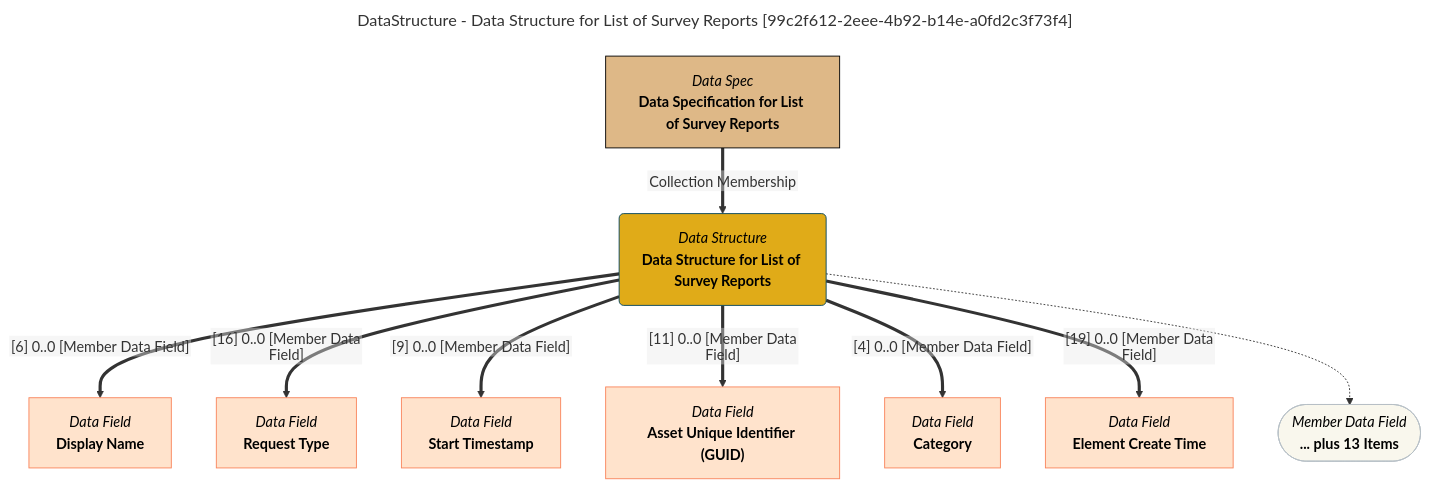
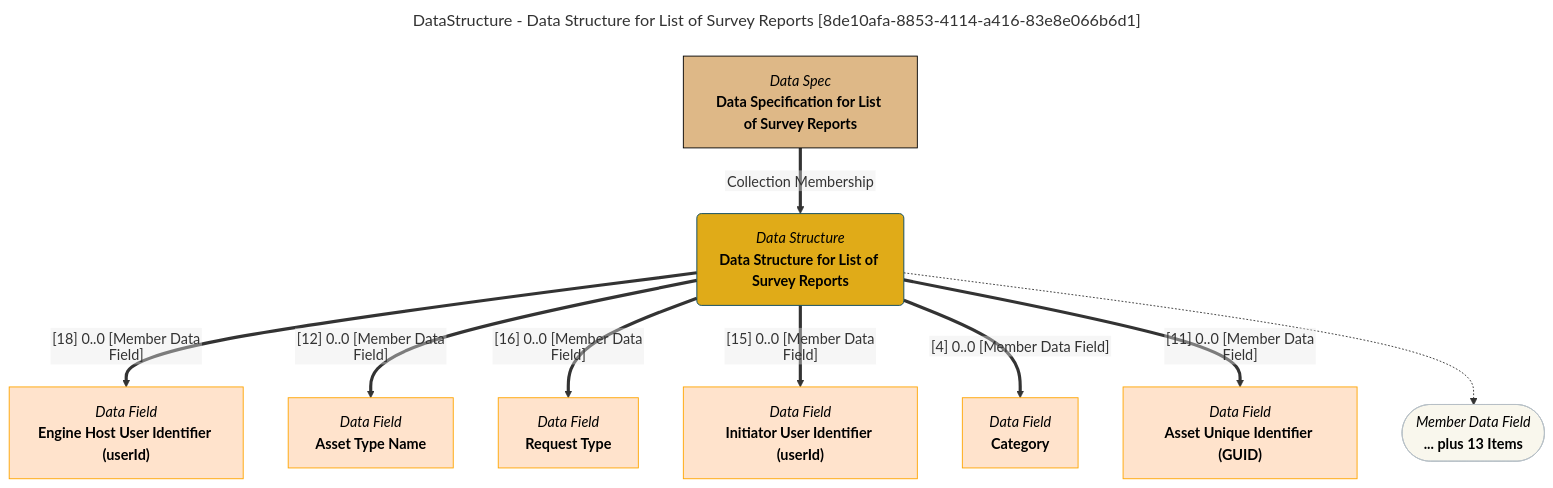
The diagram in site/snippets/data-structures/data-structure-for-list-of-survey-reports-mermaid-graph.md (odpi/egeria-docs), drawn with Mermaid before and after one commit. The commit also changed 2201 other files, not shown here.

````diff
--- a/site/snippets/data-structures/data-structure-for-list-of-survey-reports-mermaid-graph.md
+++ b/site/snippets/data-structures/data-structure-for-list-of-survey-reports-mermaid-graph.md
@@ -1,43 +1,43 @@
 ```mermaid
 ---
-title: DataStructure - Data Structure for List of Survey Reports [99c2f612-2eee-4b92-b14e-a0fd2c3f73f4]
+title: DataStructure - Data Structure for List of Survey Reports [8de10afa-8853-4114-a416-83e8e066b6d1]
 ---
 flowchart TD
 %%{init: {"flowchart": {"htmlLabels": false}} }%%
 
 1@{ shape: rounded, label: "*Data Structure*
 **Data Structure for List of Survey Reports**"}
 2@{ shape: rect, label: "*Data Spec*
 **Data Specification for List of Survey Reports**"}
 2==>|"Collection Membership"|1
 3@{ shape: rect, label: "*Data Field*
-**Display Name**"}
-1==>|"[6] 0..0 [Member Data Field]"|3
+**Engine Host User Identifier (userId)**"}
+1==>|"[18] 0..0 [Member Data Field]"|3
 4@{ shape: rect, label: "*Data Field*
+**Asset Type Name**"}
+1==>|"[12] 0..0 [Member Data Field]"|4
+5@{ shape: rect, label: "*Data Field*
 **Request Type**"}
-1==>|"[16] 0..0 [Member Data Field]"|4
-5@{ shape: rect, label: "*Data Field*
-**Start Timestamp**"}
-1==>|"[9] 0..0 [Member Data Field]"|5
+1==>|"[16] 0..0 [Member Data Field]"|5
 6@{ shape: rect, label: "*Data Field*
-**Asset Unique Identifier (GUID)**"}
-1==>|"[11] 0..0 [Member Data Field]"|6
+**Initiator User Identifier (userId)**"}
+1==>|"[15] 0..0 [Member Data Field]"|6
 7@{ shape: rect, label: "*Data Field*
 **Category**"}
 1==>|"[4] 0..0 [Member Data Field]"|7
 8@{ shape: rect, label: "*Data Field*
-**Element Create Time**"}
-1==>|"[19] 0..0 [Member Data Field]"|8
+**Asset Unique Identifier (GUID)**"}
+1==>|"[11] 0..0 [Member Data Field]"|8
 9@{ shape: stadium, label: "*Member Data Field*
 **... plus 13 Items**"}
 1-.->9
 style 1 color:#000000, fill:#e0ab18, stroke:#004563
-style 2 color:#000000, fill:#deb887, stroke:#000000
-style 3 color:#000000, fill:#ffe3cc, stroke:#f9845b
-style 4 color:#000000, fill:#ffe3cc, stroke:#f9845b
-style 5 color:#000000, fill:#ffe3cc, stroke:#f9845b
-style 6 color:#000000, fill:#ffe3cc, stroke:#f9845b
-style 7 color:#000000, fill:#ffe3cc, stroke:#f9845b
-style 8 color:#000000, fill:#ffe3cc, stroke:#f9845b
+style 2 color:#000000, fill:#DEB887, stroke:#000000
+style 3 color:#000000, fill:#ffe3cc, stroke:#FFA500
+style 4 color:#000000, fill:#ffe3cc, stroke:#FFA500
+style 5 color:#000000, fill:#ffe3cc, stroke:#FFA500
+style 6 color:#000000, fill:#ffe3cc, stroke:#FFA500
+style 7 color:#000000, fill:#ffe3cc, stroke:#FFA500
+style 8 color:#000000, fill:#ffe3cc, stroke:#FFA500
 style 9 color:#000000, fill:#F9F7ED, stroke:#b7c0c7
 ```
````
